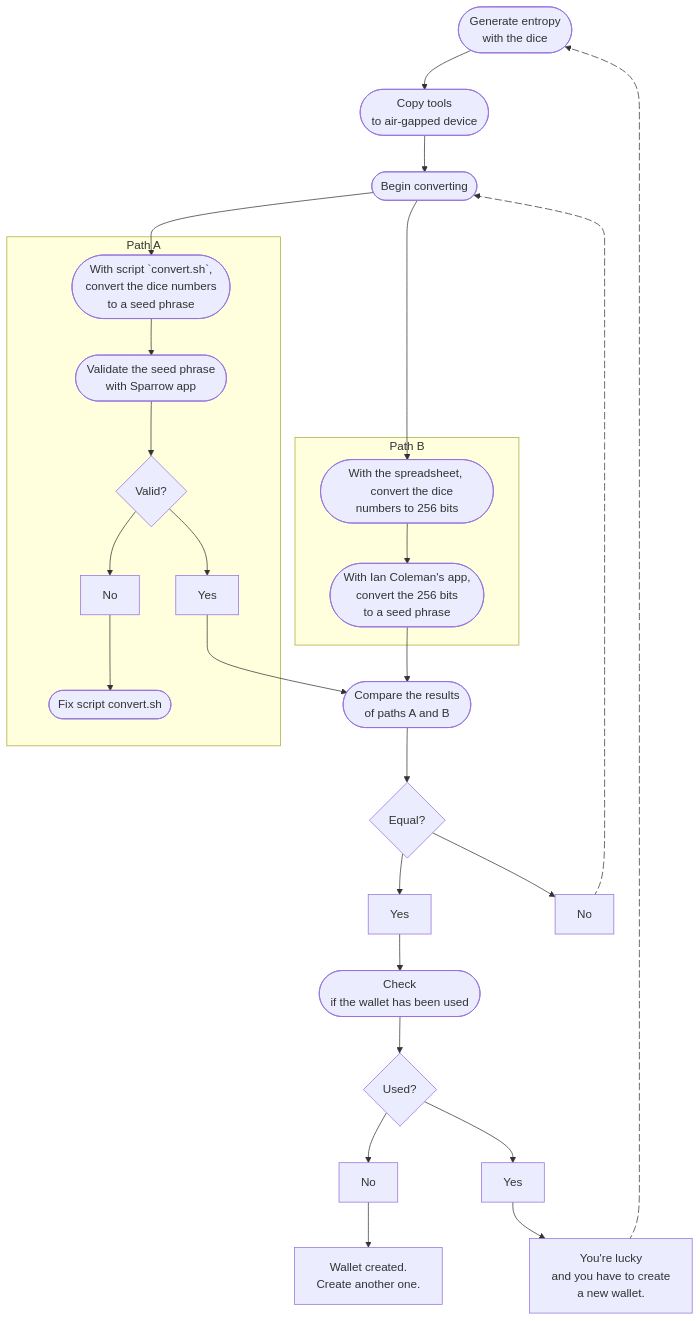
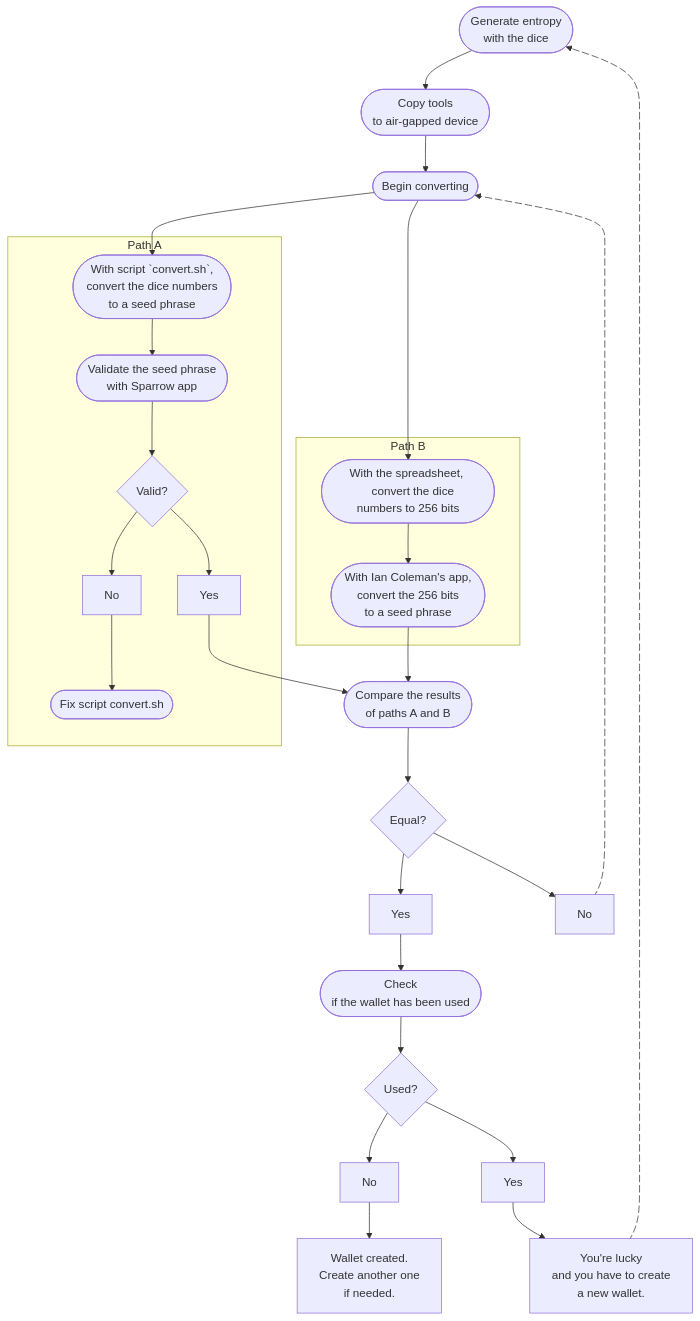
Before and after one commit to cardinal-II/learn-processes-with-schemes: the diagram in bitcoin/_process20.md, drawn with Mermaid.

Commit message:
Changed process 20 text.

````diff
--- a/bitcoin/_process20.md
+++ b/bitcoin/_process20.md
@@ -3,55 +3,56 @@
 ```mermaid
 flowchart TD
     entropy --> copy_tools_to_airgapped --> begin_converting --> convert_numbers_a & convert_numbers_b;
     subgraph Path A
         convert_numbers_a --> validate_seed --> valid1 --> yes1 & no1;
         no1 --> fix_script;
         end
     subgraph Path B
         convert_numbers_b --> ian_coleman;
         end
     yes1 & ian_coleman --> compare_paths --> equal --> yes2 & no2;
     no2 e1@--> begin_converting;
     yes2 --> check_used --> used --> no3 & yes3;
     yes3 --> lucky e2@--> entropy;
     no3 --> wallet_created;
     
 entropy(["Generate entropy 
     with the dice"]);
 copy_tools_to_airgapped(["Copy tools 
     to air-gapped device"]);
 begin_converting([Begin converting]);
 convert_numbers_a(["With script `convert.sh`,
     convert the dice numbers 
     to a seed phrase"]);
 validate_seed(["Validate the seed phrase
     with Sparrow app"])
 valid1{Valid?}
 yes1[Yes]
 no1[No]
 fix_script([Fix script convert.sh])
 convert_numbers_b(["With the spreadsheet, 
     convert the dice numbers to 256 bits"])
 ian_coleman(["With Ian Coleman's app, 
     convert the 256 bits 
     to a seed phrase"])
 compare_paths(["Compare the results 
     of paths A and B"])
 equal{Equal?};
 yes2[Yes]
 no2[No];
 e1@{ animation: fast };
 e2@{ animation: fast };
 check_used(["Check 
     if the wallet has been used"])
 
 used{Used?}
 yes3[Yes]
 lucky["You're lucky
     and you have to create 
     a new wallet."]
 no3[No]
 wallet_created["Wallet created. 
-    Create another one."]
+    Create another one
+    if needed."]
 
 ```
````
